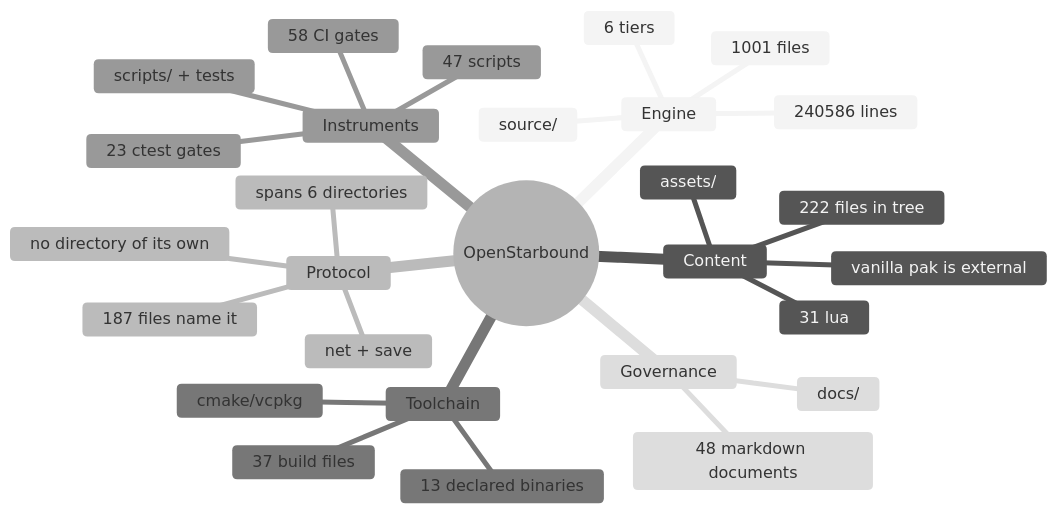
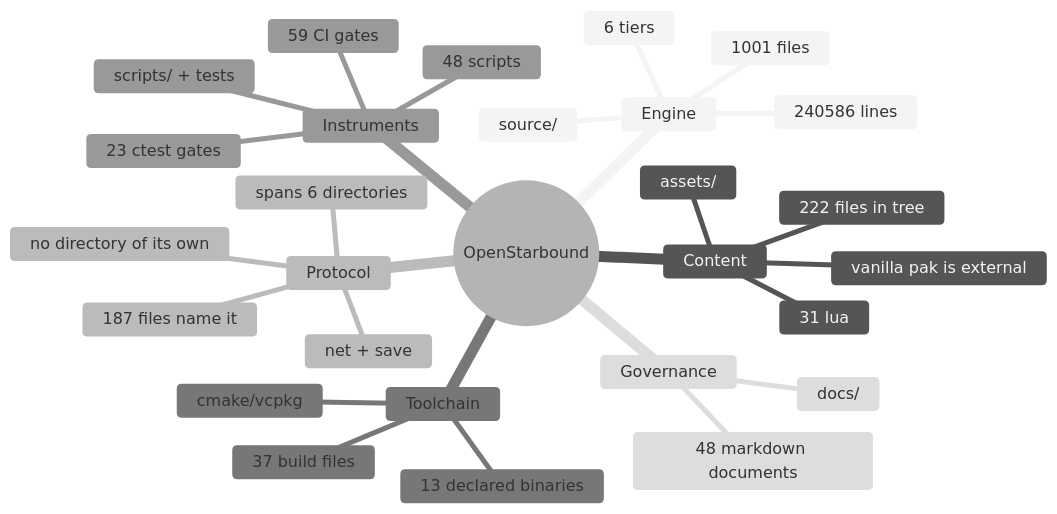
Before and after one commit to apnex/OpenStarbound: the second of 11 diagrams in docs/architecture/system-boundaries.md, drawn with Mermaid (neutral theme). The commit also changed 2 other files, not shown here.

First paragraph of the commit message:
OBS-PLOT: the last clause of the north star — CPU and GPU on one axis, and a plot that cannot lie [#254]
"Directly plotted" was in the Director's statement of the goal, not a nicety, and it was the one clause
with nothing behind it. scripts/obs-plot.py renders the artefacts obs-join writes.

````diff
--- a/docs/architecture/system-boundaries.md
+++ b/docs/architecture/system-boundaries.md
@@ -166,31 +166,31 @@
 ```mermaid
 mindmap
   root((OpenStarbound))
     Engine
       source/
       1001 files
       240586 lines
       6 tiers
     Content
       assets/
       222 files in tree
       31 lua
       vanilla pak is external
     Protocol
       net + save
       187 files name it
       spans 6 directories
       no directory of its own
     Toolchain
       cmake/vcpkg
       37 build files
       13 declared binaries
     Instruments
       scripts/ + tests
-      47 scripts
+      48 scripts
       23 ctest gates
-      58 CI gates
+      59 CI gates
     Governance
       docs/
       48 markdown documents
 ```
````
